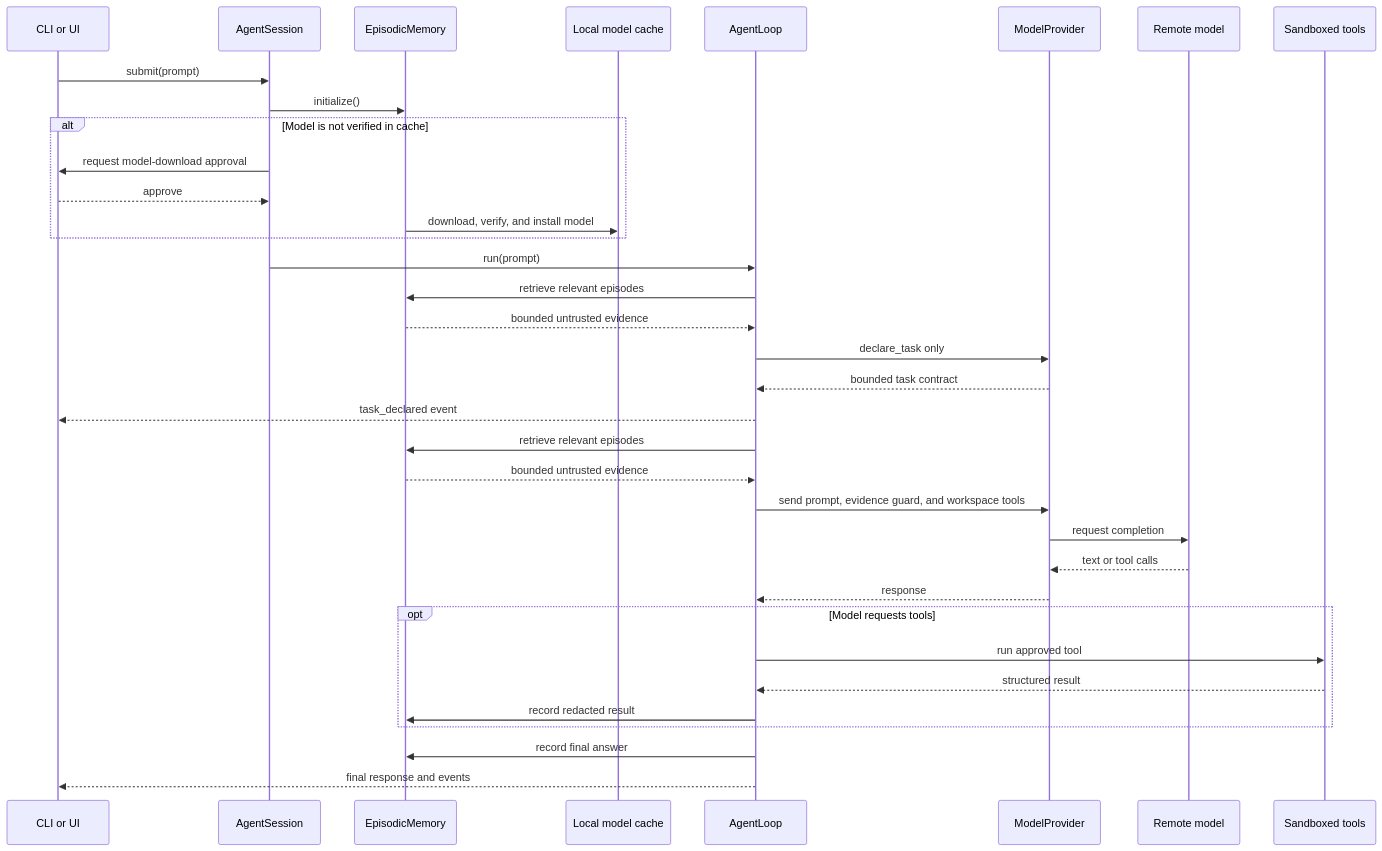
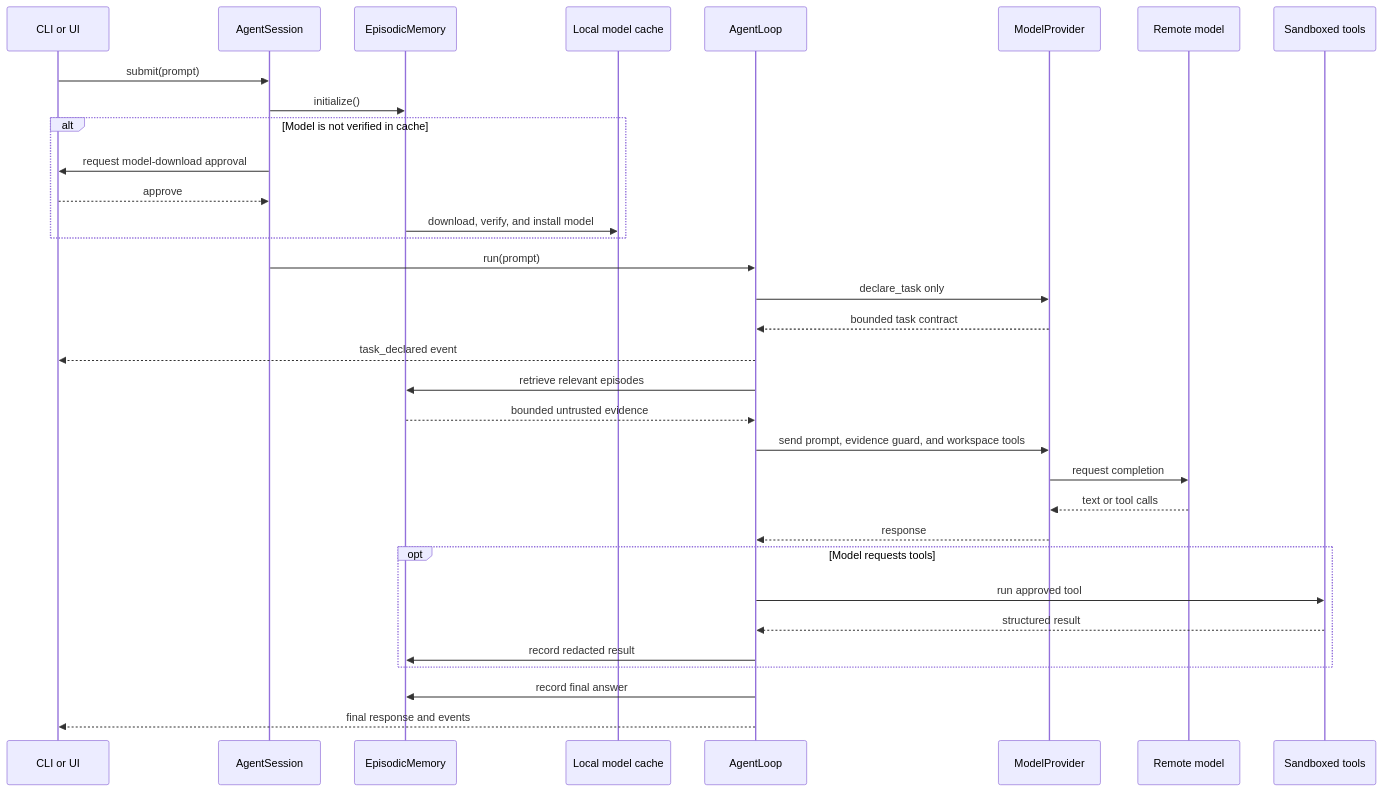
Before and after one commit to cyonix/codesmith: the second of 2 diagrams in ARCHITECTURE.md, drawn with Mermaid. The commit also changed 1 other file, not shown here.

Commit message:
test(cli): cover criterion redaction

````diff
--- a/ARCHITECTURE.md
+++ b/ARCHITECTURE.md
@@ -86,38 +86,36 @@
 ```mermaid
 sequenceDiagram
   participant Client as CLI or UI
   participant Session as AgentSession
   participant Memory as EpisodicMemory
   participant Cache as Local model cache
   participant Agent as AgentLoop
   participant Provider as ModelProvider
   participant Model as Remote model
   participant Tools as Sandboxed tools
 
   Client->>Session: submit(prompt)
   Session->>Memory: initialize()
   alt Model is not verified in cache
     Session->>Client: request model-download approval
     Client-->>Session: approve
     Memory->>Cache: download, verify, and install model
   end
   Session->>Agent: run(prompt)
-  Agent->>Memory: retrieve relevant episodes
-  Memory-->>Agent: bounded untrusted evidence
   Agent->>Provider: declare_task only
   Provider-->>Agent: bounded task contract
   Agent-->>Client: task_declared event
   Agent->>Memory: retrieve relevant episodes
   Memory-->>Agent: bounded untrusted evidence
   Agent->>Provider: send prompt, evidence guard, and workspace tools
   Provider->>Model: request completion
   Model-->>Provider: text or tool calls
   Provider-->>Agent: response
   opt Model requests tools
     Agent->>Tools: run approved tool
     Tools-->>Agent: structured result
     Agent->>Memory: record redacted result
   end
   Agent->>Memory: record final answer
   Agent-->>Client: final response and events
 ```
````
